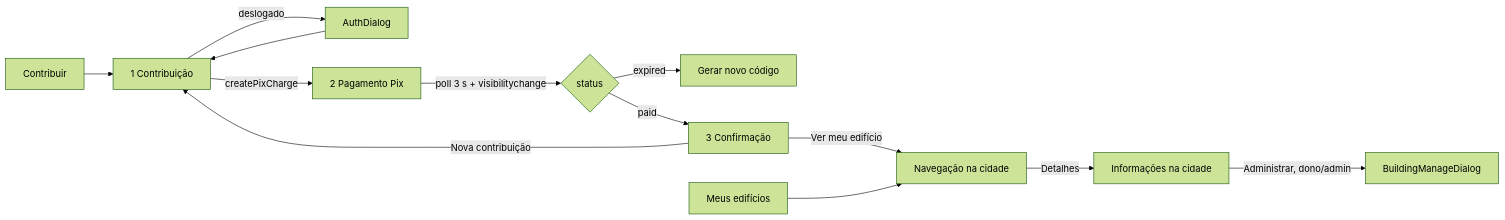
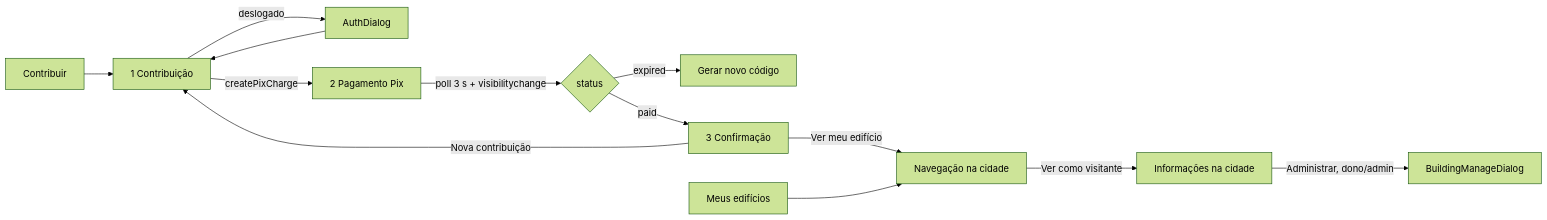
Before and after one commit to RaeII/cidoa: the first of 2 diagrams in doc/components/html-components.md, drawn with Mermaid (forest theme). The commit also changed other lines of this file and 21 other files, not shown here.

First line of the commit message:
feat: ReferralBar, customizador com scroll-snap e "Ver como visitante"

````diff
--- a/doc/components/html-components.md
+++ b/doc/components/html-components.md
@@ -201,14 +202,14 @@
 ```mermaid
 flowchart LR
   P[Contribuir] --> F[1 Contribuição]
   F -- deslogado --> L[AuthDialog] --> F
   F -- createPixCharge --> Pay[2 Pagamento Pix]
   Pay -- poll 3 s + visibilitychange --> S{status}
   S -- expired --> X[Gerar novo código]
   S -- paid --> D[3 Confirmação]
   D -- Nova contribuição --> F
   D -- Ver meu edifício --> Nav[Navegação na cidade]
   M[Meus edifícios] --> Nav
-  Nav -- Detalhes --> Card[Informações na cidade]
+  Nav -- Ver como visitante --> Card[Informações na cidade]
   Card -- Administrar, dono/admin --> Editor[BuildingManageDialog]
 ```
````
